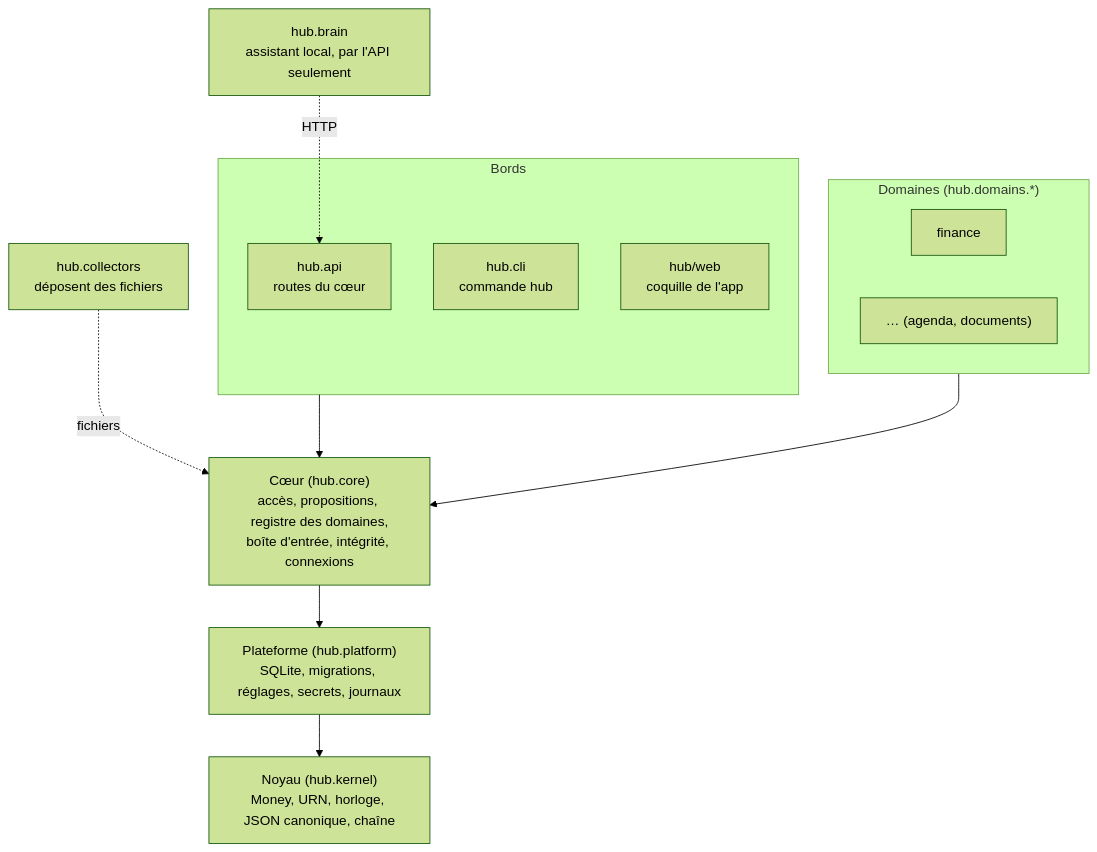
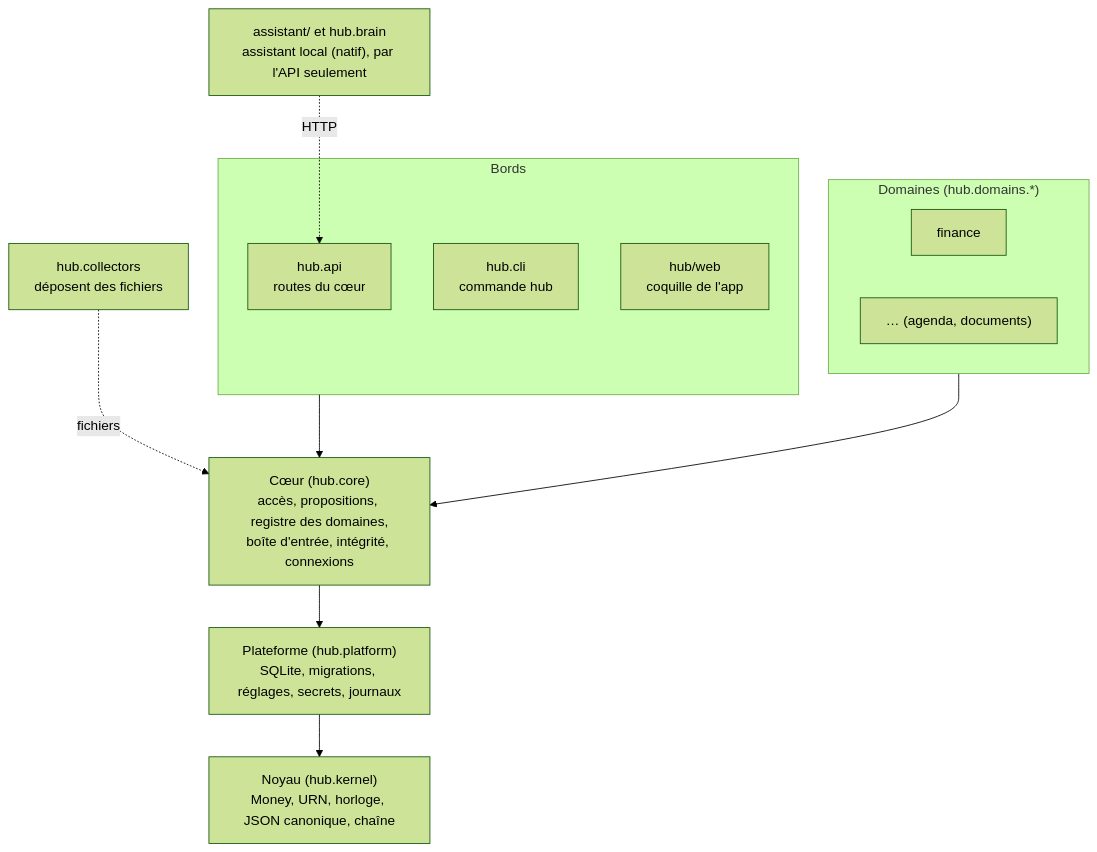
One commit to nayton-corp/personal-hub changed the first of 4 diagrams in docs/architecture.md. Above: the diagram before and after it, drawn with Mermaid (forest theme). The commit also changed other lines of this file and 16 other files, not shown here.

First line of the commit message:
S10c : plus de conteneur brain, l'assistant fait le classement en natif

````diff
--- a/docs/architecture.md
+++ b/docs/architecture.md
@@ -10,22 +10,22 @@
 ```mermaid
 flowchart TB
   subgraph bords["Bords"]
     api["hub.api<br/>routes du cœur"]
     cli["hub.cli<br/>commande hub"]
     web["hub/web<br/>coquille de l'app"]
   end
   subgraph domaines["Domaines (hub.domains.*)"]
     finance["finance"]
     autre["… (agenda, documents)"]
   end
   core["Cœur (hub.core)<br/>accès, propositions, registre des domaines,<br/>boîte d'entrée, intégrité, connexions"]
   platform["Plateforme (hub.platform)<br/>SQLite, migrations, réglages, secrets, journaux"]
   kernel["Noyau (hub.kernel)<br/>Money, URN, horloge, JSON canonique, chaîne"]
   collectors["hub.collectors<br/>déposent des fichiers"]
-  brain["hub.brain<br/>assistant local, par l'API seulement"]
+  brain["assistant/ et hub.brain<br/>assistant local (natif), par l'API seulement"]
   bords --> core
   domaines --> core
   core --> platform --> kernel
   collectors -. fichiers .-> core
   brain -. HTTP .-> api
 ```
````
